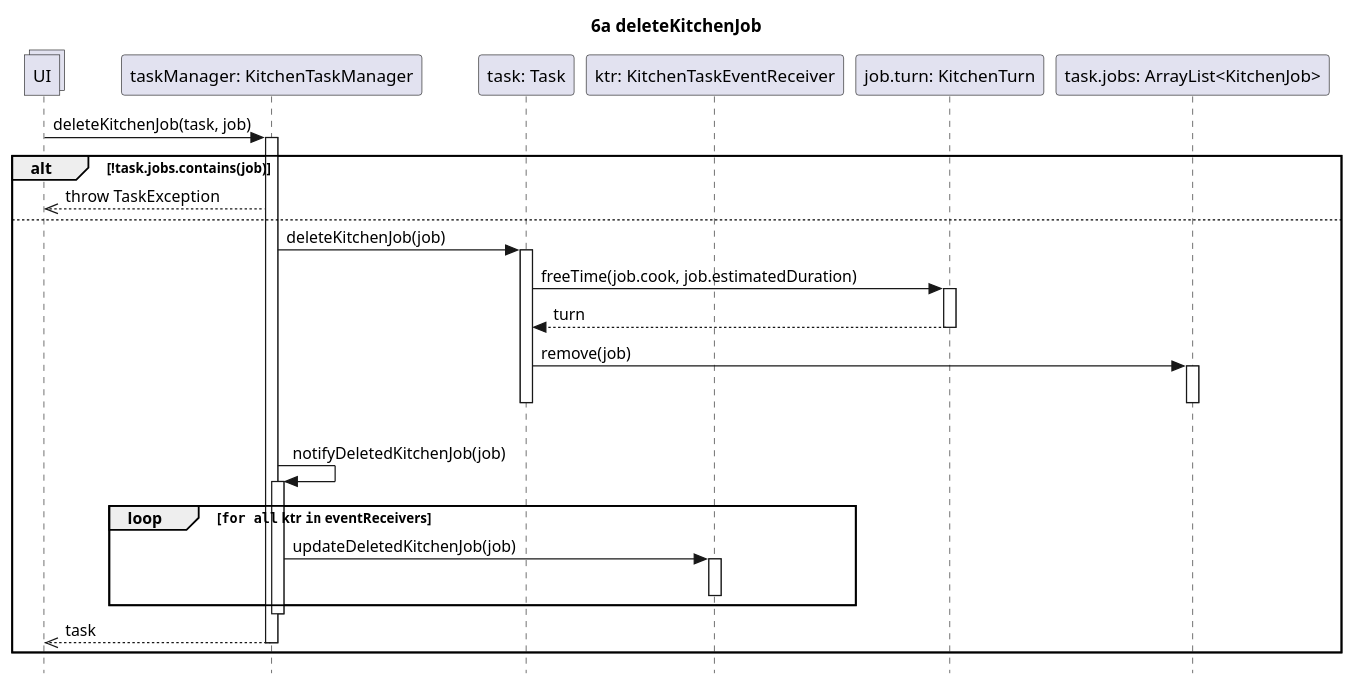
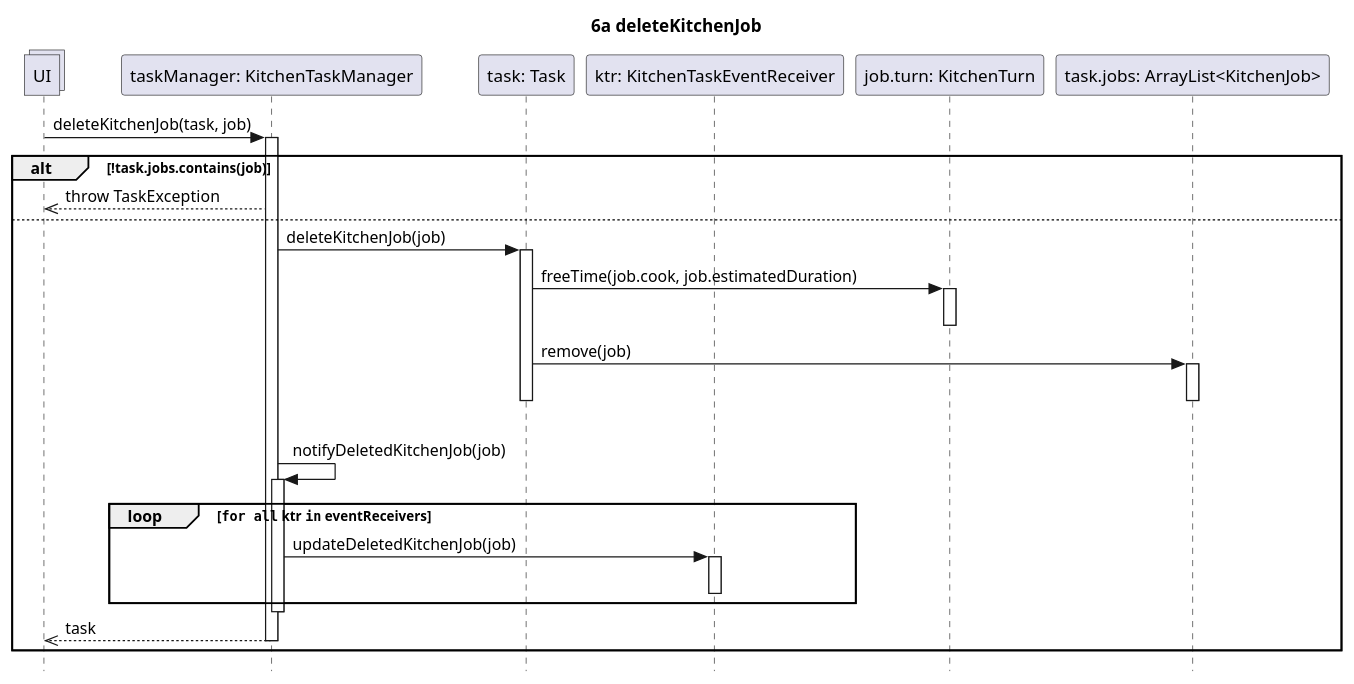
The diagram in UP/Progettazione/UC Gestire Compiti Cucina/DSD/DSD Operazione 6a.puml (stefa168/sas-project), drawn with PlantUML before and after one commit. The commit also changed 15 other files, not shown here.

```diff
--- a/UP/Progettazione/UC Gestire Compiti Cucina/DSD/DSD Operazione 6a.puml
+++ b/UP/Progettazione/UC Gestire Compiti Cucina/DSD/DSD Operazione 6a.puml
@@ -1,50 +1,50 @@
 @startuml Operazione 6a
 skinparam Style strictuml
 
 title 6a deleteKitchenJob
 
 collections UI
 
 participant "taskManager: KitchenTaskManager" as tm
 participant "task: Task" as task
 participant "ktr: KitchenTaskEventReceiver" as ktr
 participant "job.turn: KitchenTurn" as t
 participant "task.jobs: ArrayList<KitchenJob>" as jl
 
 UI -> tm: deleteKitchenJob(task, job)
 activate tm
 
 alt !task.jobs.contains(job)
     UI <<-- tm: throw TaskException
 else
     tm -> task: deleteKitchenJob(job)
     activate task
     task -> t: freeTime(job.cook, job.estimatedDuration)
     activate t
-    return turn
+    deactivate t
 
     task -> jl: remove(job)
     activate jl
     deactivate jl
 
 
     deactivate task
 
     |||
     tm -> tm: notifyDeletedKitchenJob(job)
     activate tm
     loop ""for all"" ktr ""in"" eventReceivers
         tm -> ktr : updateDeletedKitchenJob(job)
         activate ktr
         deactivate ktr
     end
     deactivate tm
 
     UI <<-- tm: task
     deactivate tm
 
 end
 
 deactivate tm
 
 @enduml
```
